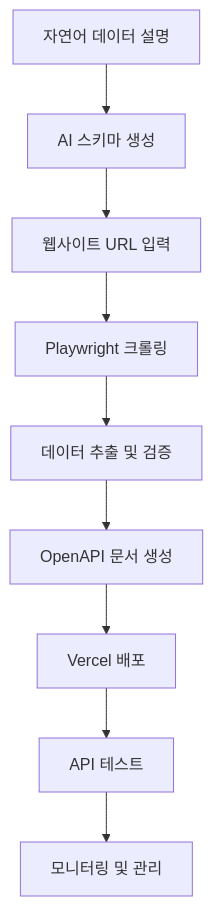
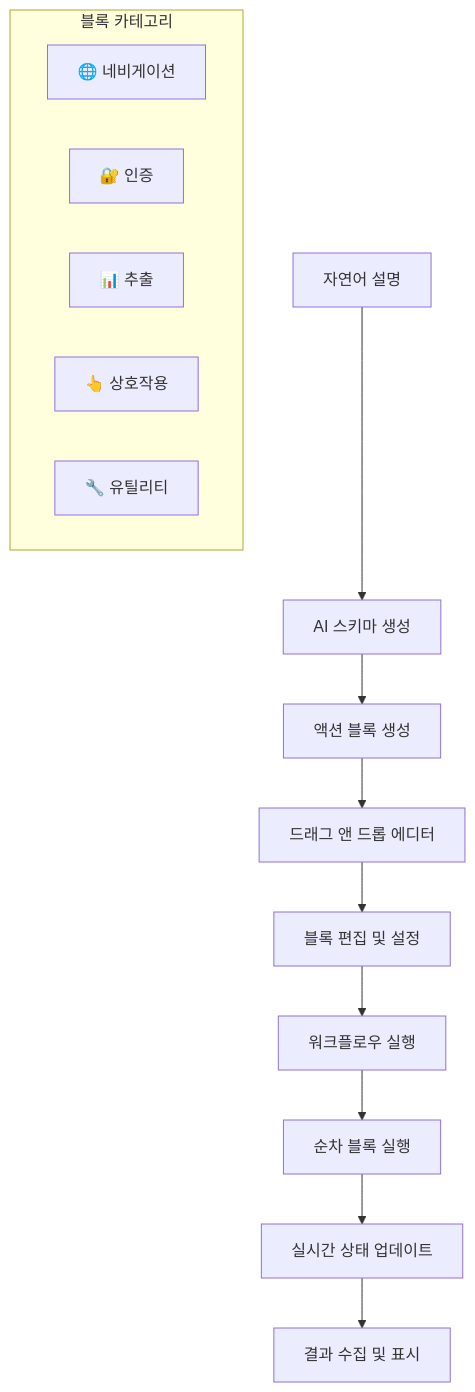
The diagram in README.md (jakepro657/vibeploy), drawn with Mermaid before and after one commit. The commit also changed other lines of this file and 17 other files, not shown here.

Commit message:
KT 통신사 가입 자동화 프롬프트 추가 및 Redis를 활용한 API 라우트 관리 기능 구현. 다양한 액션 템플릿과 워크플로우 세션 관리 API 추가, 데이터 추출 및 배포 관련 기능 개선. 패키지 의존성 업데이트 및 README 문서 수정.

````diff
--- a/README.md
+++ b/README.md
@@ -183,11 +191,19 @@
 ```mermaid
 graph TD
-    A[자연어 데이터 설명] --> B[AI 스키마 생성]
-    B --> C[웹사이트 URL 입력]
-    C --> D[Playwright 크롤링]
-    D --> E[데이터 추출 및 검증]
-    E --> F[OpenAPI 문서 생성]
-    F --> G[Vercel 배포]
-    G --> H[API 테스트]
-    H --> I[모니터링 및 관리]
+    A[자연어 설명] --> B[AI 스키마 생성]
+    B --> C[액션 블록 생성]
+    C --> D[드래그 앤 드롭 에디터]
+    D --> E[블록 편집 및 설정]
+    E --> F[워크플로우 실행]
+    F --> G[순차 블록 실행]
+    G --> H[실시간 상태 업데이트]
+    H --> I[결과 수집 및 표시]
+    
+    subgraph "블록 카테고리"
+        J[🌐 네비게이션]
+        K[🔐 인증]
+        L[📊 추출]
+        M[👆 상호작용]
+        N[🔧 유틸리티]
+    end
 ```
````
